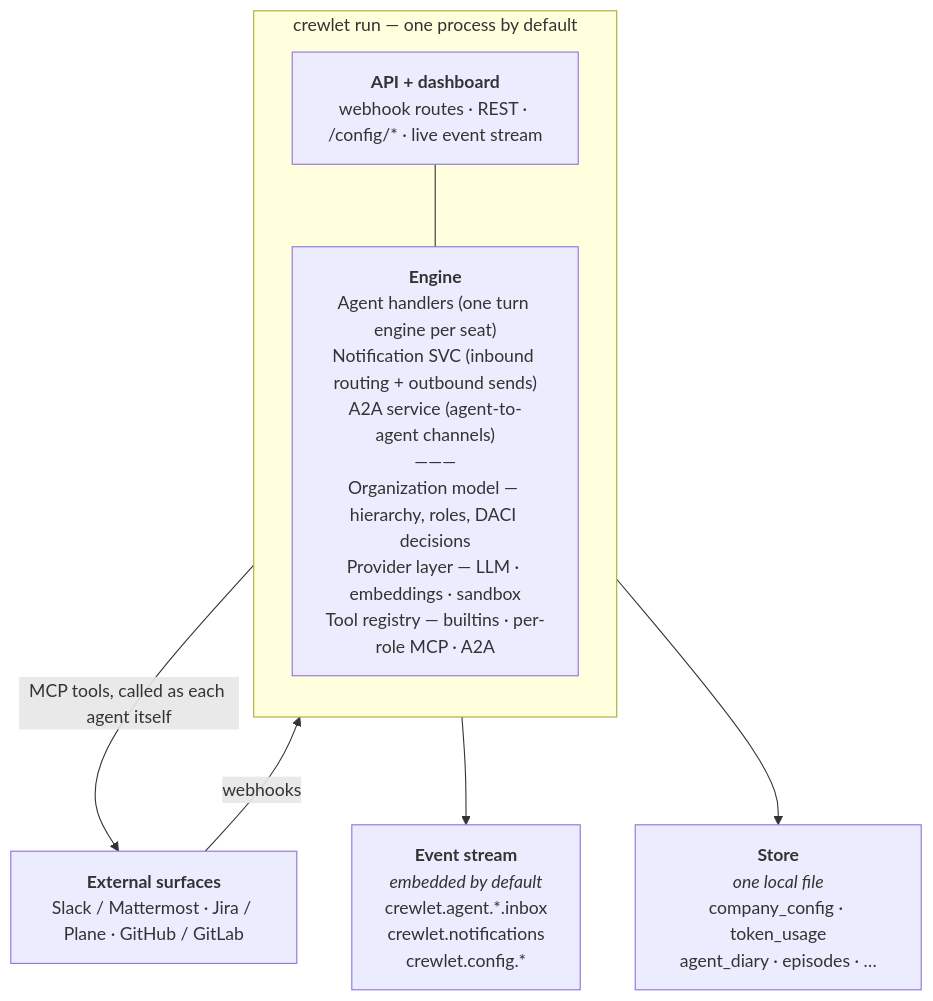
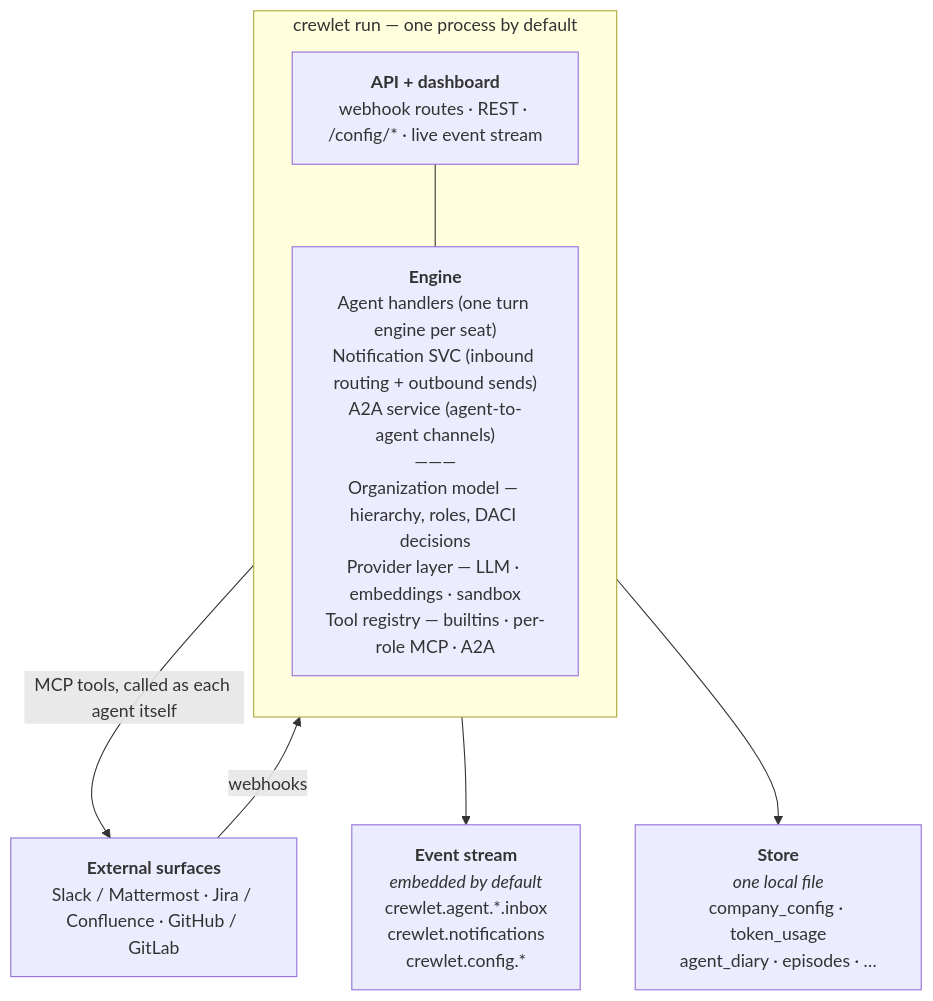
The diagram in docs/concepts/overview.md (crewlet/crewlet), drawn with Mermaid before and after one commit. The commit also changed other lines of this file and 36 other files, not shown here.

````diff
--- a/docs/concepts/overview.md
+++ b/docs/concepts/overview.md
@@ -56,16 +56,16 @@
 ```mermaid
 flowchart TD
-    EXT["<b>External surfaces</b><br/>Slack / Mattermost · Jira / Plane · GitHub / GitLab"]
+    EXT["<b>External surfaces</b><br/>Slack / Mattermost · Jira / Confluence · GitHub / GitLab"]
     subgraph proc["crewlet run — one process by default"]
         direction TB
         API["<b>API + dashboard</b><br/>webhook routes · REST · /config/* · live event stream"]
         ENG["<b>Engine</b><br/>Agent handlers (one turn engine per seat)<br/>Notification SVC (inbound routing + outbound sends)<br/>A2A service (agent-to-agent channels)<br/>———<br/>Organization model — hierarchy, roles, DACI decisions<br/>Provider layer — LLM · embeddings · sandbox<br/>Tool registry — builtins · per-role MCP · A2A"]
         API --- ENG
     end
     STREAM["<b>Event stream</b><br/><i>embedded by default</i><br/>crewlet.agent.*.inbox<br/>crewlet.notifications<br/>crewlet.config.*"]
     DB["<b>Store</b><br/><i>one local file</i><br/>company_config · token_usage<br/>agent_diary · episodes · …"]
     EXT -->|webhooks| API
     ENG -->|"MCP tools, called as each agent itself"| EXT
     ENG --> STREAM
     ENG --> DB
 ```
````
